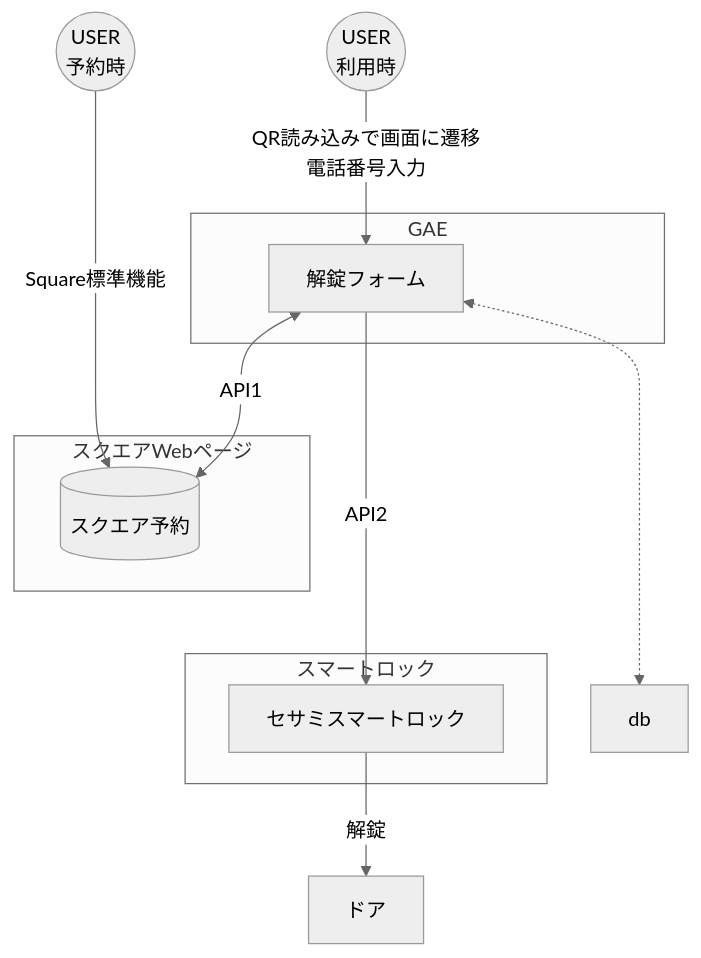
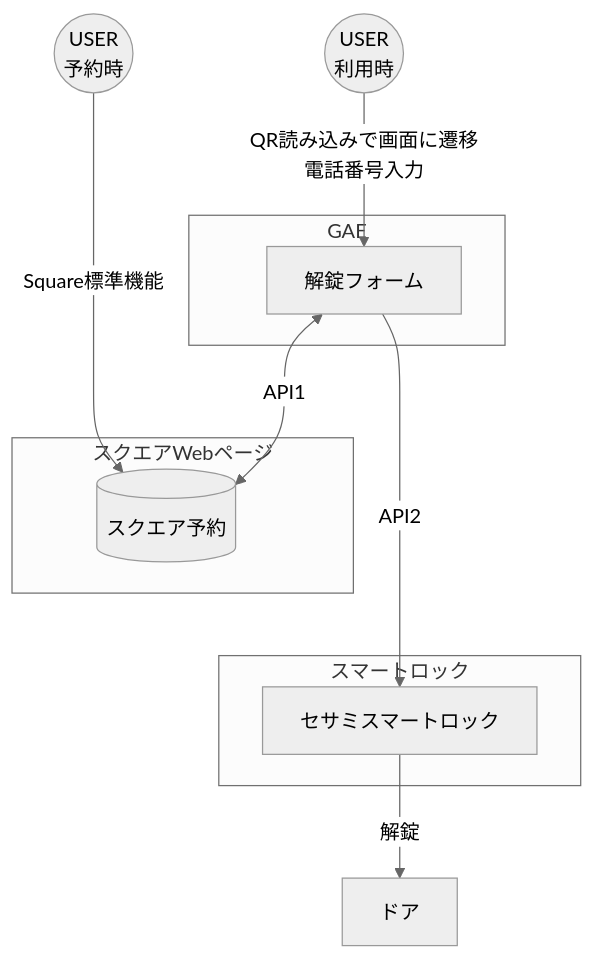
Before and after one commit to shoshishosaiyusuke/denforsomeone_public: the first of 2 diagrams in README.md, drawn with Mermaid (neutral theme). The commit also changed other lines of this file, not shown here.

````diff
--- a/README.md
+++ b/README.md
@@ -130,40 +130,40 @@
 ```mermaid
 graph TB;
 
 %%ユーザは予約時と利用時で動線が異なるため定義を分ける
 u1(("USER</br>予約時"))
 u2(("USER</br>利用時"))
 
 %%スクエア標準の予約フォーム
 sqr[("スクエア予約")]
 
 %%スクエアのサービスは使わないが、埋込想定(iFrameのため"i")
 sqi["解錠フォーム"]
 
 
 %%セサミはスマートロックの製品名称、natureremoはIoT制御デバイス
 ses["セサミスマートロック"]
 
 door["ドア"]
 
 subgraph SQ[スクエアWebページ]
 sqr
 end
 
 subgraph CF["GAE"]
 sqi
 
 end 
 
 subgraph SL["スマートロック"]
 ses
 sqi<-->|"API1"|sqr
 end
 
 u1--->|"Square標準機能"|sqr
 u2-->|"QR読み込みで画面に遷移</br>電話番号入力"|sqi
 sqi--->|"API2"|ses
-sqi<-..->db
+
 ses-->|"解錠"|door
 
 ```
````
